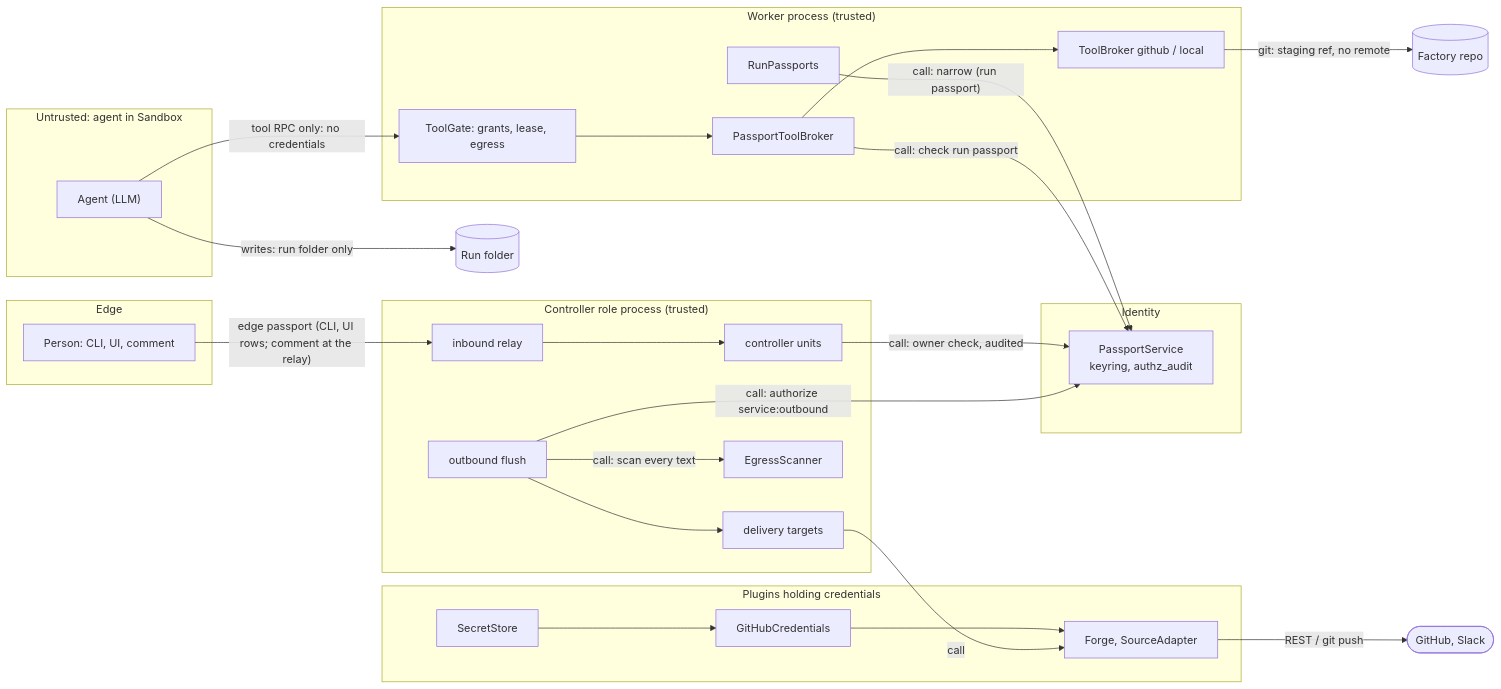
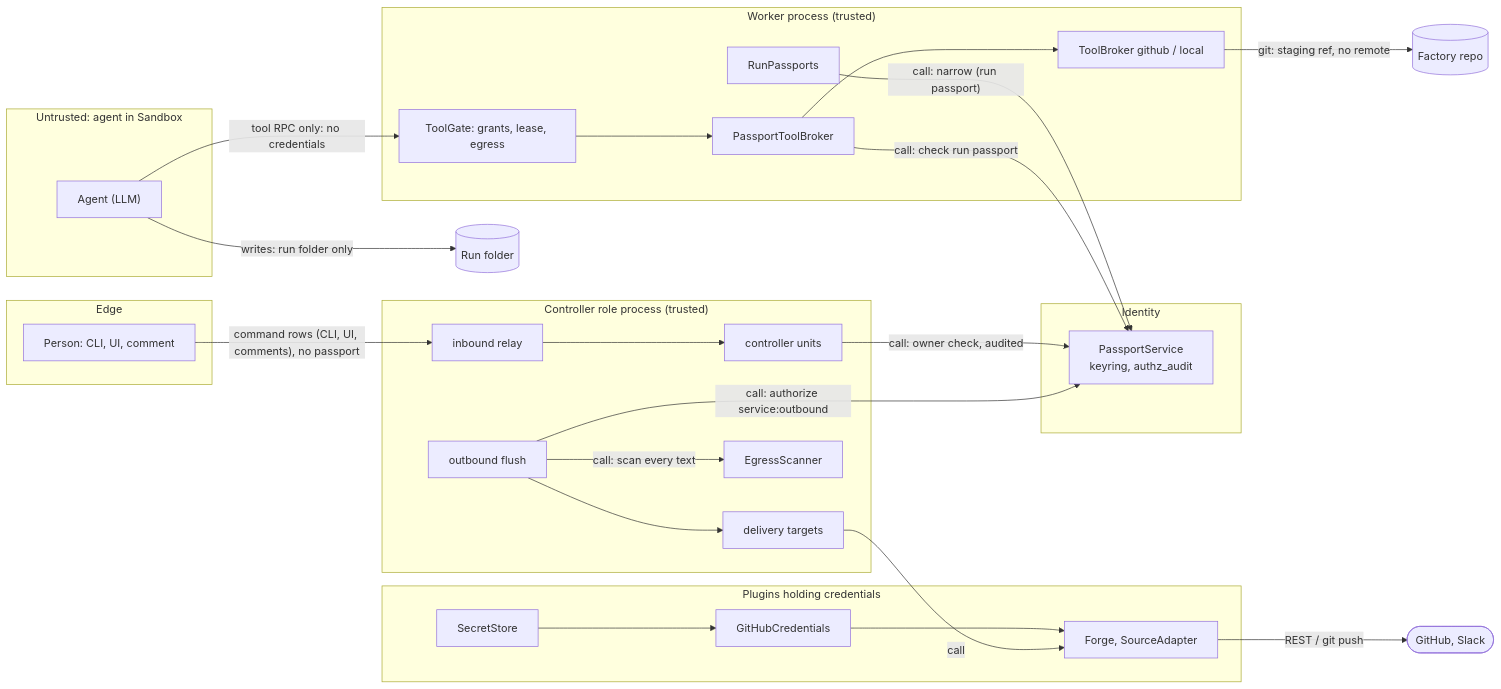
Before and after one commit to seonWKim/software-factory: the sixth of 6 diagrams in ARCHITECTURE.md, drawn with Mermaid. The commit also changed other lines of this file and 8 other files, not shown here.

````diff
--- a/ARCHITECTURE.md
+++ b/ARCHITECTURE.md
@@ -410,46 +409,46 @@
 ```mermaid
 graph LR
   subgraph EDGE["Edge"]
     PPL["Person: CLI, UI, comment"]
   end
   subgraph CTRLP["Controller role process (trusted)"]
     INBP["inbound relay"]
     UNIT["controller units"]
     OUTP["outbound flush"]
     TGT["delivery targets"]
     EGR1["EgressScanner"]
   end
   subgraph WRKP["Worker process (trusted)"]
     RPI["RunPassports"]
     PBRK["PassportToolBroker"]
     BRK["ToolBroker github / local"]
     GATE["ToolGate: grants, lease, egress"]
   end
   subgraph IDS["Identity"]
     PS["PassportService<br/>keyring, authz_audit"]
   end
   subgraph PLUG["Plugins holding credentials"]
     SEC["SecretStore"] --> GHC["GitHubCredentials"]
     FRG["Forge, SourceAdapter"]
     GHC --> FRG
   end
   subgraph UNTRUSTED["Untrusted: agent in Sandbox"]
     AG["Agent (LLM)"]
   end
 
-  PPL -- "edge passport (CLI, UI rows; comment at the relay)" --> INBP
+  PPL -- "command rows (CLI, UI, comments), no passport" --> INBP
   INBP --> UNIT
   UNIT -- "call: owner check, audited" --> PS
   RPI -- "call: narrow (run passport)" --> PS
   AG -- "tool RPC only: no credentials" --> GATE
   GATE --> PBRK
   PBRK -- "call: check run passport" --> PS
   PBRK --> BRK
   BRK -- "git: staging ref, no remote" --> WT[("Factory repo")]
   AG -- "writes: run folder only" --> RF[("Run folder")]
   OUTP -- "call: scan every text" --> EGR1
   OUTP -- "call: authorize service:outbound" --> PS
   OUTP --> TGT
   TGT -- "call" --> FRG
   FRG -- "REST / git push" --> EXT(["GitHub, Slack"])
 ```
````
